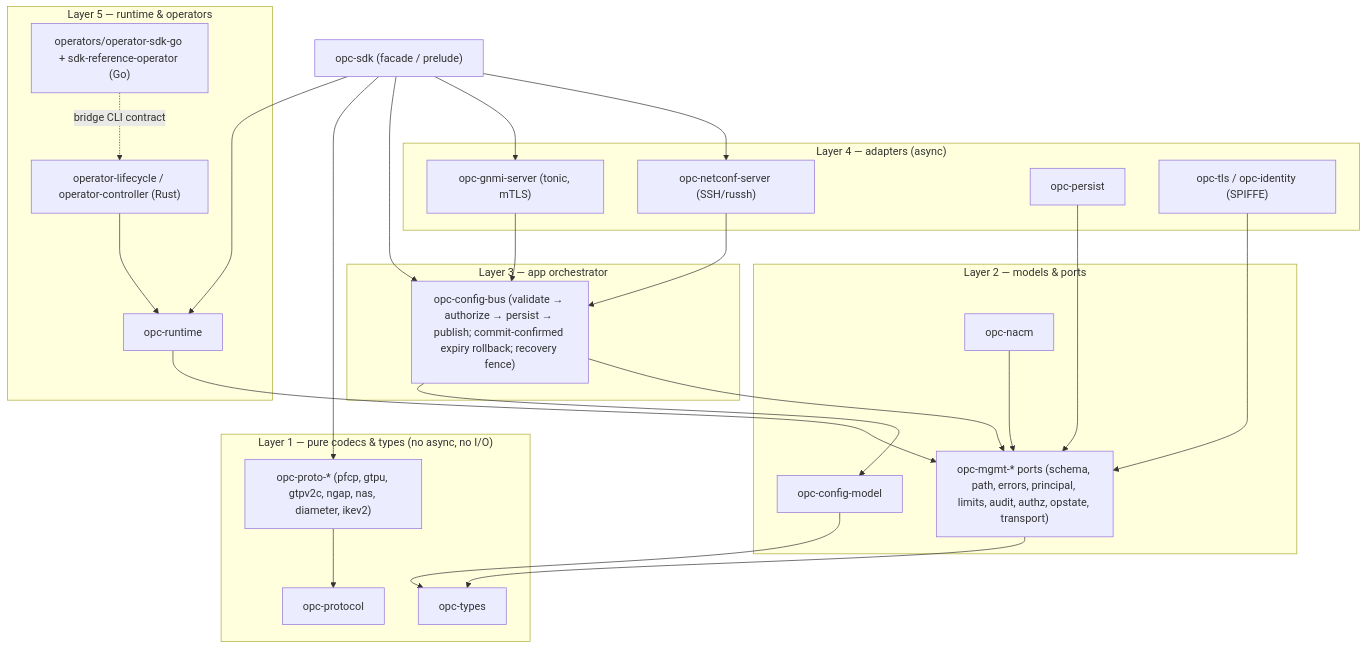
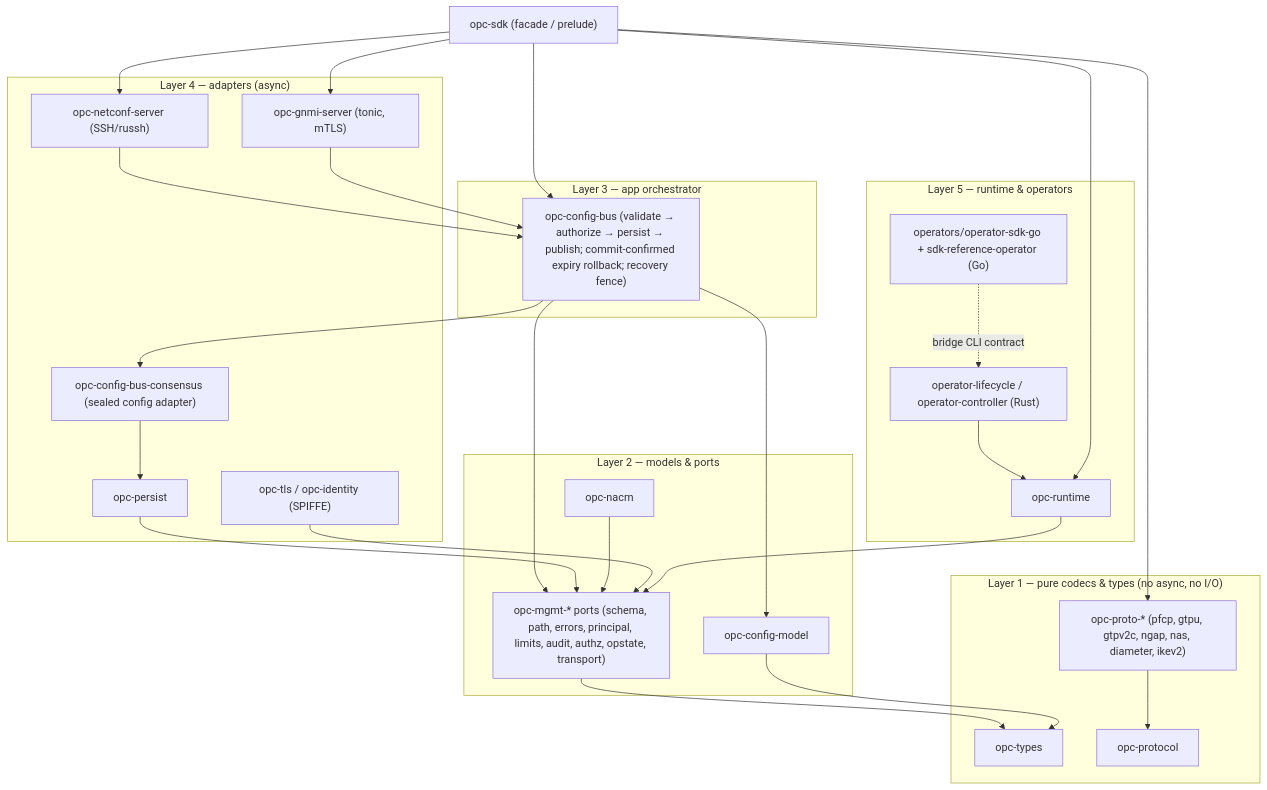
Before and after one commit to openpacketcore/openpacketcore-sdk: the diagram in docs/architecture.md, drawn with Mermaid. The commit also changed 27 other files, not shown here.

Commit message:
feat(config-bus): add shared Raft datastore adapter

````diff
--- a/docs/architecture.md
+++ b/docs/architecture.md
@@ -5,47 +5,50 @@
 ```mermaid
 flowchart TB
   subgraph L1["Layer 1 — pure codecs & types (no async, no I/O)"]
     types[opc-types]
     codecs["opc-proto-* (pfcp, gtpu, gtpv2c, ngap, nas, diameter, ikev2)"]
     protocol[opc-protocol]
   end
   subgraph L2["Layer 2 — models & ports"]
     cfgmodel[opc-config-model]
     ports["opc-mgmt-* ports (schema, path, errors, principal, limits, audit, authz, opstate, transport)"]
     nacm[opc-nacm]
   end
   subgraph L3["Layer 3 — app orchestrator"]
     bus["opc-config-bus (validate → authorize → persist → publish; commit-confirmed expiry rollback; recovery fence)"]
   end
   subgraph L4["Layer 4 — adapters (async)"]
     netconf["opc-netconf-server (SSH/russh)"]
     gnmi["opc-gnmi-server (tonic, mTLS)"]
+    cfgconsensus["opc-config-bus-consensus (sealed config adapter)"]
     persist[opc-persist]
     tls["opc-tls / opc-identity (SPIFFE)"]
   end
   subgraph L5["Layer 5 — runtime & operators"]
     runtime[opc-runtime]
     oplc["operator-lifecycle / operator-controller (Rust)"]
     gosdk["operators/operator-sdk-go + sdk-reference-operator (Go)"]
   end
   facade["opc-sdk (facade / prelude)"]
 
   netconf --> bus
   gnmi --> bus
   bus --> ports
   bus --> cfgmodel
+  bus --> cfgconsensus
+  cfgconsensus --> persist
   persist --> ports
   ports --> types
   cfgmodel --> types
   codecs --> protocol
   nacm --> ports
   tls --> ports
   runtime --> ports
   oplc --> runtime
   gosdk -. bridge CLI contract .-> oplc
   facade --> netconf
   facade --> gnmi
   facade --> bus
   facade --> codecs
   facade --> runtime
 ```
````
